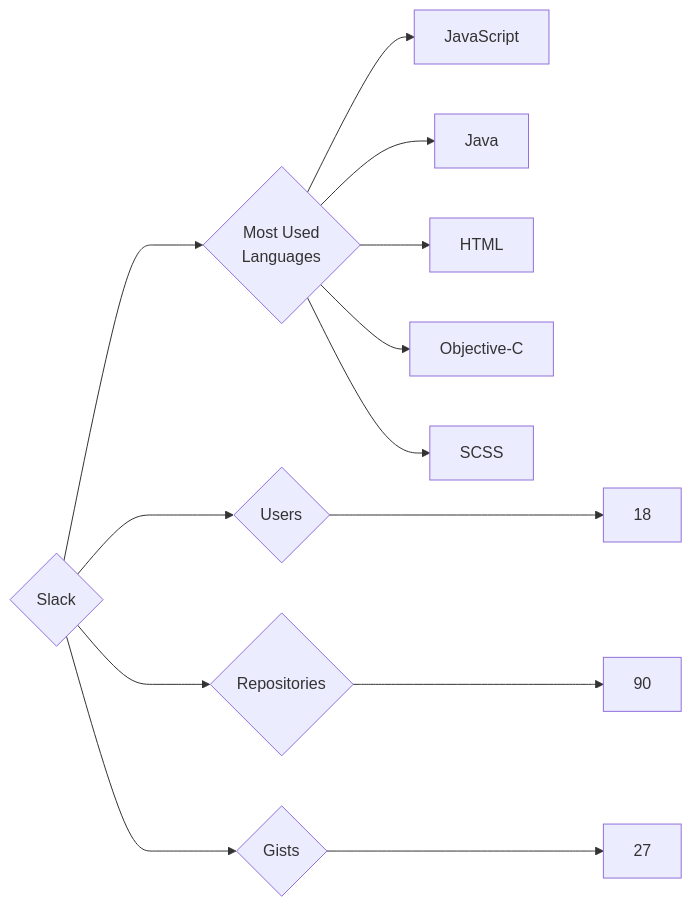
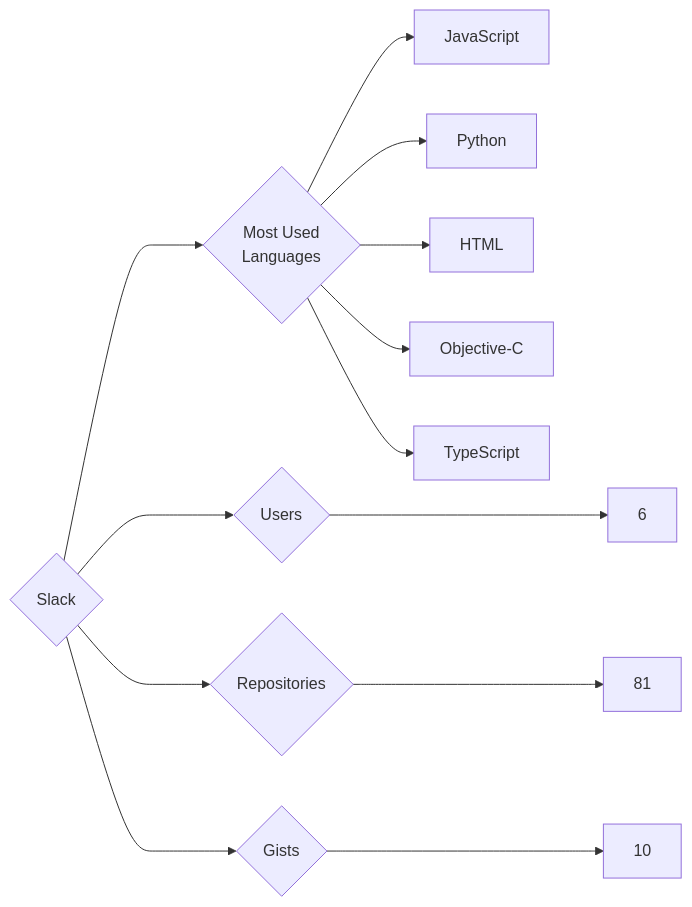
One commit to trickest/insiders changed the diagram in targets/Slack/README.md. Above: the diagram before and after it, drawn with Mermaid. The commit also changed 787 other files, not shown here.

````diff
--- a/targets/Slack/README.md
+++ b/targets/Slack/README.md
@@ -3,13 +3,13 @@
 ```mermaid
 graph LR
 COMPANY_NAME{Slack}
-COMPANY_NAME ---> U{Users} ---> UN[18]
-COMPANY_NAME ---> R{Repositories} ---> RN[90]
-COMPANY_NAME ---> G{Gists} ---> GN[27]
+COMPANY_NAME ---> U{Users} ---> UN[6]
+COMPANY_NAME ---> R{Repositories} ---> RN[81]
+COMPANY_NAME ---> G{Gists} ---> GN[10]
 COMPANY_NAME ---> ML{Most Used<br>Languages}
 ML --> JavaScript[JavaScript]
-ML --> Java[Java]
+ML --> Python[Python]
 ML --> HTML[HTML]
 ML --> Objective-C[Objective-C]
-ML --> SCSS[SCSS]
+ML --> TypeScript[TypeScript]
 ```
````
